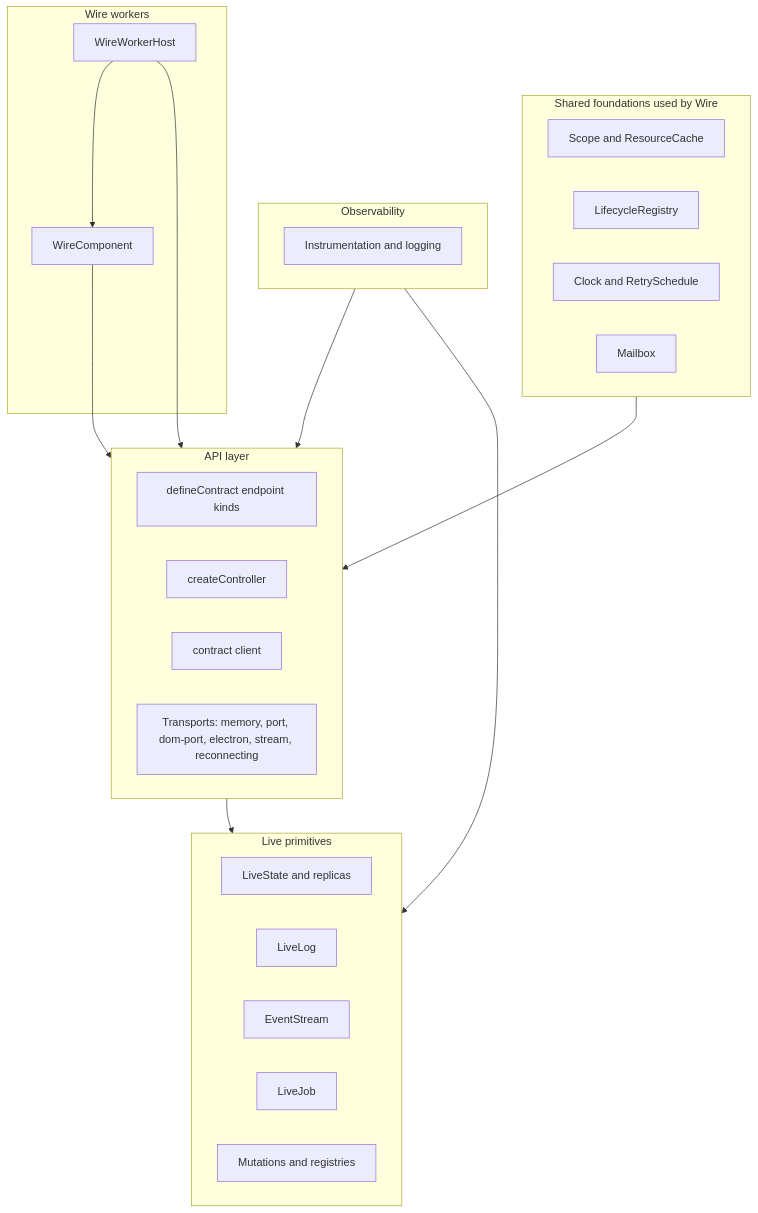
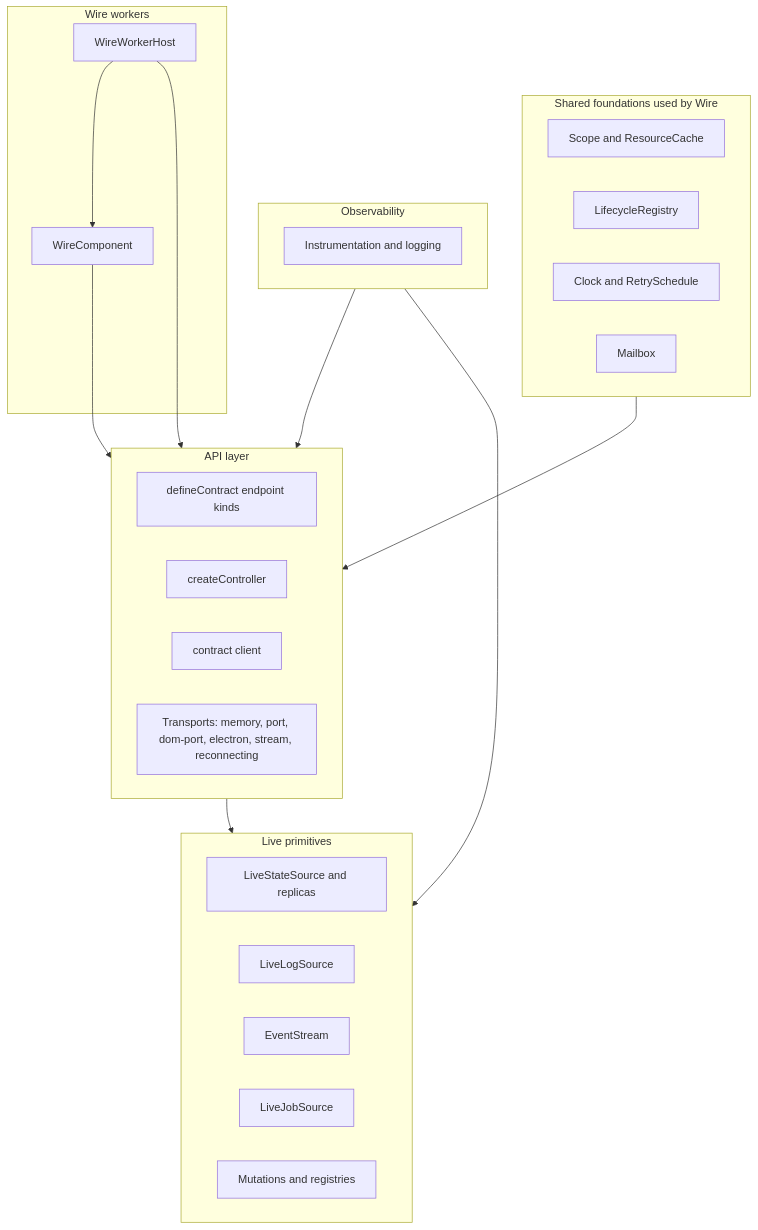
Before and after one commit to generalaction/emdash: the diagram in packages/wire/docs/README.md, drawn with Mermaid. The commit also changed other lines of this file and 95 other files, not shown here.

````diff
--- a/packages/wire/docs/README.md
+++ b/packages/wire/docs/README.md
@@ -10,35 +10,35 @@
 ```mermaid
 flowchart TB
   subgraph shared [Shared foundations used by Wire]
     scope[Scope and ResourceCache]
     registry[LifecycleRegistry]
     scheduling[Clock and RetrySchedule]
     mailbox[Mailbox]
   end
   subgraph api [API layer]
     contracts[defineContract endpoint kinds]
     controller[createController]
     client[contract client]
     transports[Transports: memory, port, dom-port, electron, stream, reconnecting]
   end
   subgraph live [Live primitives]
-    model[LiveState and replicas]
-    log[LiveLog]
+    model[LiveStateSource and replicas]
+    log[LiveLogSource]
     eventStream[EventStream]
-    job[LiveJob]
+    job[LiveJobSource]
     mutations[Mutations and registries]
   end
   subgraph observability [Observability]
     instrumentation[Instrumentation and logging]
   end
   subgraph workers [Wire workers]
     component[WireComponent]
     workerHost[WireWorkerHost]
   end
   shared --> api --> live
   observability --> api
   observability --> live
   component --> api
   workerHost --> api
   workerHost --> component
 ```
````
